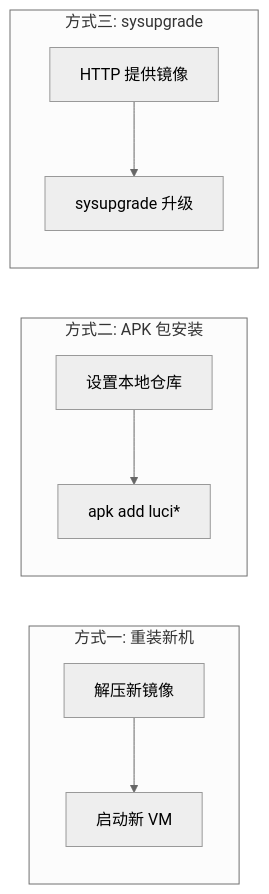
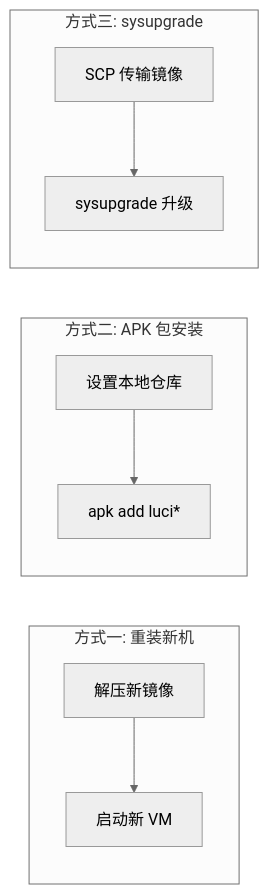
The diagram in docs/UPGRADE.md (yxsj245/openwrt), drawn with Mermaid (neutral theme) before and after one commit. The commit also changed other lines of this file and 9 other files, not shown here.

````diff
--- a/docs/UPGRADE.md
+++ b/docs/UPGRADE.md
@@ -14,12 +14,12 @@
 ```mermaid
 flowchart LR
     subgraph A[方式一: 重装新机]
         A1[解压新镜像] --> A2[启动新 VM]
     end
     subgraph B[方式二: APK 包安装]
         B1[设置本地仓库] --> B2[apk add luci*]
     end
     subgraph C[方式三: sysupgrade]
-        C1[HTTP 提供镜像] --> C2[sysupgrade 升级]
+        C1[SCP 传输镜像] --> C2[sysupgrade 升级]
     end
 ```
````
